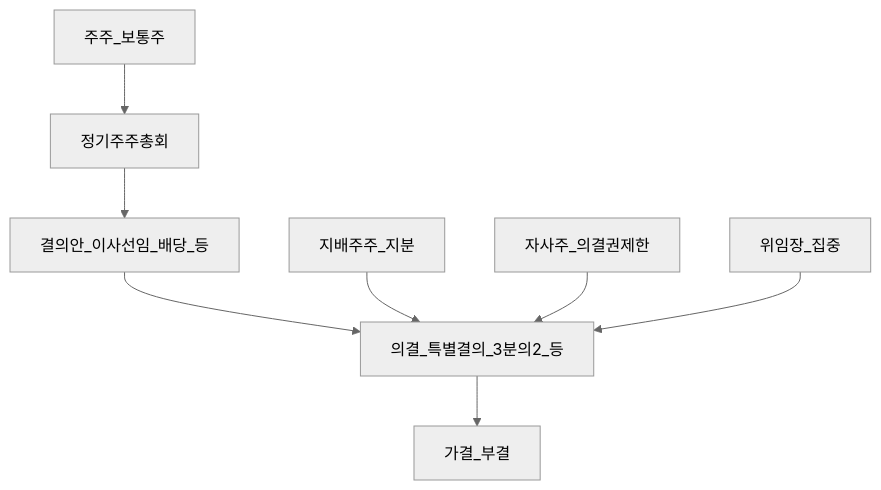
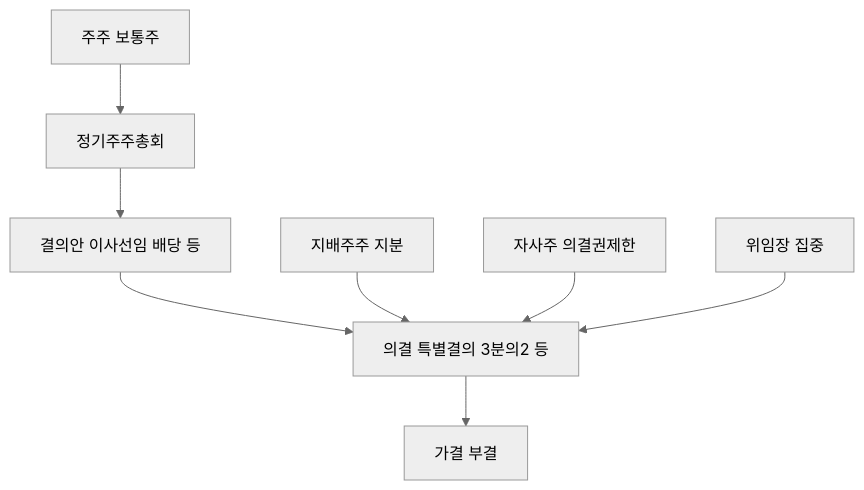
One commit to goldanghenry/Finances changed the first of 4 diagrams in 03-markets/corporate-governance-minority.md. Above: the diagram before and after it, drawn with Mermaid (neutral theme). The commit also changed other lines of this file and 211 other files, not shown here.

````diff
--- a/03-markets/corporate-governance-minority.md
+++ b/03-markets/corporate-governance-minority.md
@@ -116,10 +124,10 @@
 ```mermaid
 flowchart TD
-  SH[주주_보통주] --> AGM[정기주주총회]
-  AGM --> Res[결의안_이사선임_배당_등]
-  Res --> Vote[의결_특별결의_3분의2_등]
-  Ctrl[지배주주_지분] --> Vote
-  Tre[자사주_의결권제한] --> Vote
-  Proxy[위임장_집중] --> Vote
-  Vote --> Out[가결_부결]
+  SH["주주 보통주"] --> AGM[정기주주총회]
+  AGM --> Res["결의안 이사선임 배당 등"]
+  Res --> Vote["의결 특별결의 3분의2 등"]
+  Ctrl["지배주주 지분"] --> Vote
+  Tre["자사주 의결권제한"] --> Vote
+  Proxy["위임장 집중"] --> Vote
+  Vote --> Out["가결 부결"]
 ```
````
